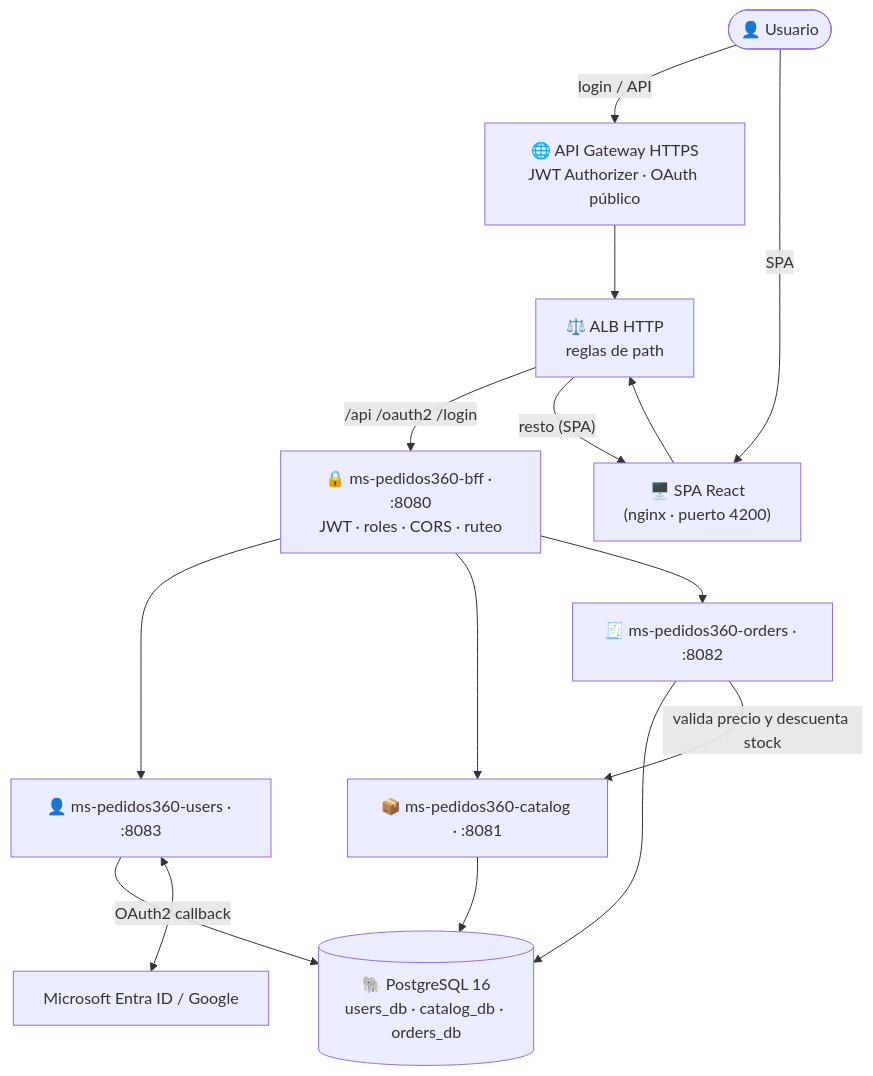
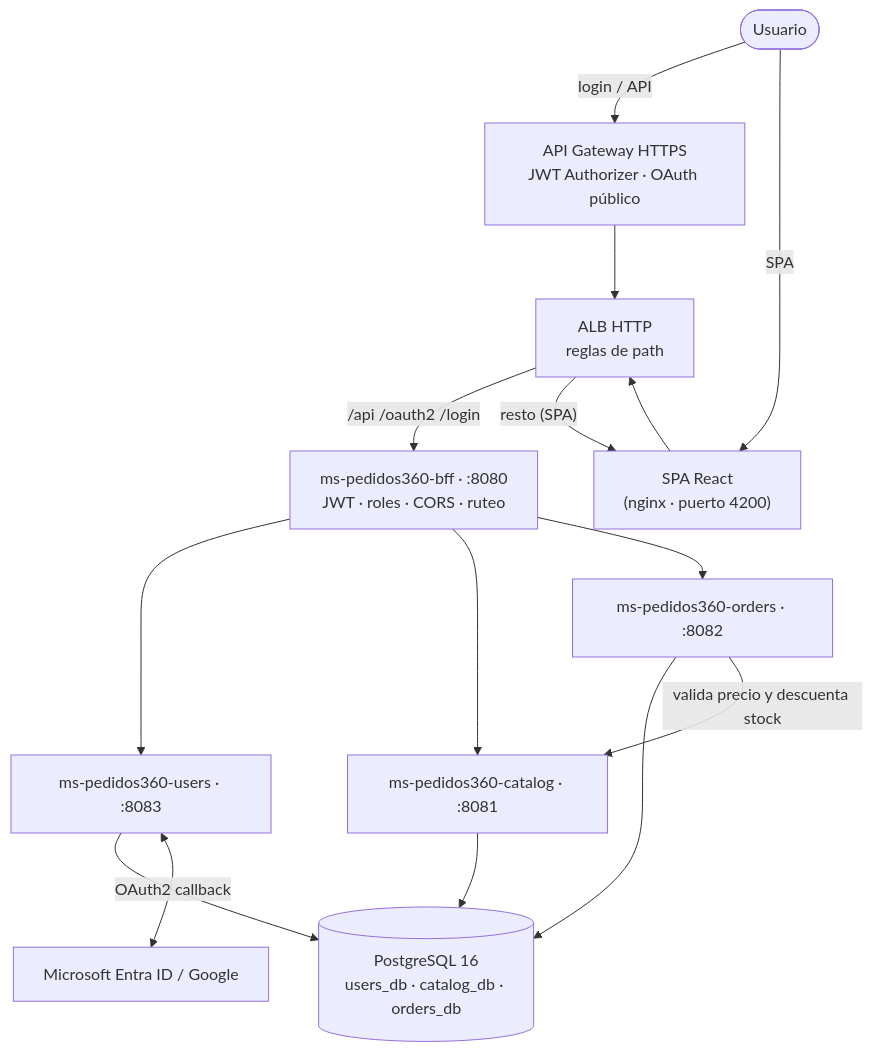
One commit to nicolas311078/pedidos360 changed the diagram in README.md. Above: the diagram before and after it, drawn with Mermaid. The commit also changed other lines of this file, not shown here.

````diff
--- a/README.md
+++ b/README.md
@@ -42,26 +42,26 @@
 ```mermaid
 flowchart TB
-    U([👤 Usuario])
-    SPA["🖥️ SPA React<br/>(nginx · puerto 4200)"]
-    GW["🌐 API Gateway HTTPS<br/>JWT Authorizer · OAuth público"]
-    ALB["⚖️ ALB HTTP<br/>reglas de path"]
-    BFF["🔒 ms-pedidos360-bff · :8080<br/>JWT · roles · CORS · ruteo"]
-    USERS["👤 ms-pedidos360-users · :8083"]
-    CAT["📦 ms-pedidos360-catalog · :8081"]
-    ORD["🧾 ms-pedidos360-orders · :8082"]
-    DB[("🐘 PostgreSQL 16<br/>users_db · catalog_db · orders_db")]
+    U([Usuario])
+    SPA["SPA React<br/>(nginx · puerto 4200)"]
+    GW["API Gateway HTTPS<br/>JWT Authorizer · OAuth público"]
+    ALB["ALB HTTP<br/>reglas de path"]
+    BFF["ms-pedidos360-bff · :8080<br/>JWT · roles · CORS · ruteo"]
+    USERS["ms-pedidos360-users · :8083"]
+    CAT["ms-pedidos360-catalog · :8081"]
+    ORD["ms-pedidos360-orders · :8082"]
+    DB[("PostgreSQL 16<br/>users_db · catalog_db · orders_db")]
     IDP["Microsoft Entra ID / Google"]
 
     U -->|"login / API"| GW
     U -->|"SPA"| SPA
     GW --> ALB
     SPA --> ALB
     ALB -->|"/api /oauth2 /login"| BFF
     ALB -->|"resto (SPA)"| SPA
     BFF --> USERS & CAT & ORD
     USERS --> DB
     CAT --> DB
     ORD --> DB
     ORD -->|"valida precio y descuenta stock"| CAT
     USERS <-->|"OAuth2 callback"| IDP
 ```
````
